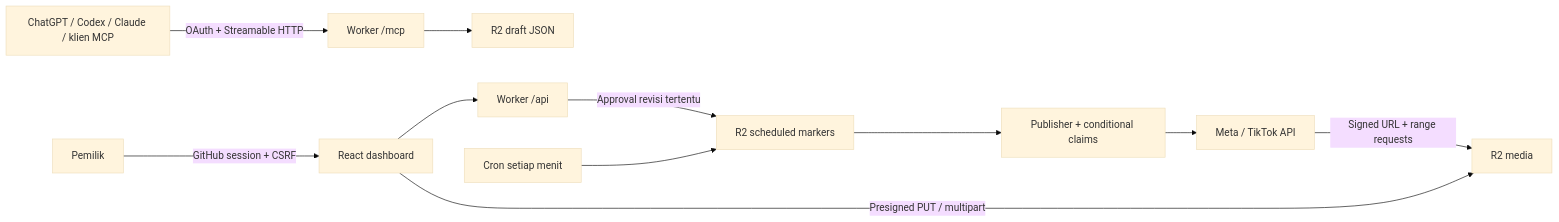
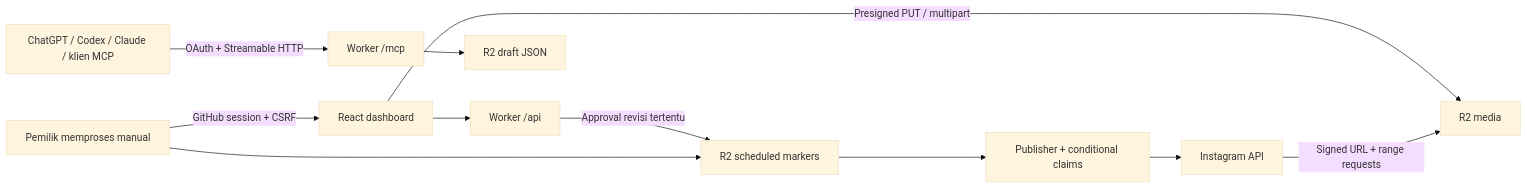
Before and after one commit to harvey-moeid/mcsos: the diagram in README.md, drawn with Mermaid (base theme). The commit also changed other lines of this file and 12 other files, not shown here.

First line of the commit message:
feat: TikTok profile-only and no Cloudflare cron

````diff
--- a/README.md
+++ b/README.md
@@ -20,13 +20,13 @@
 ```mermaid
 flowchart LR
   AI[ChatGPT / Codex / Claude / klien MCP] -->|OAuth + Streamable HTTP| MCP[Worker /mcp]
   Owner[Pemilik] -->|GitHub session + CSRF| Dashboard[React dashboard]
   Dashboard --> API[Worker /api]
   MCP --> Draft[R2 draft JSON]
   API -->|Approval revisi tertentu| Queue[R2 scheduled markers]
-  Cron[Cron setiap menit] --> Queue
+  Owner[Pemilik memproses manual] --> Queue
   Queue --> Publisher[Publisher + conditional claims]
-  Publisher --> Platforms[Meta / TikTok API]
+  Publisher --> Platforms[Instagram API]
   Dashboard -->|Presigned PUT / multipart| R2[R2 media]
   Platforms -->|Signed URL + range requests| R2
 ```
````
